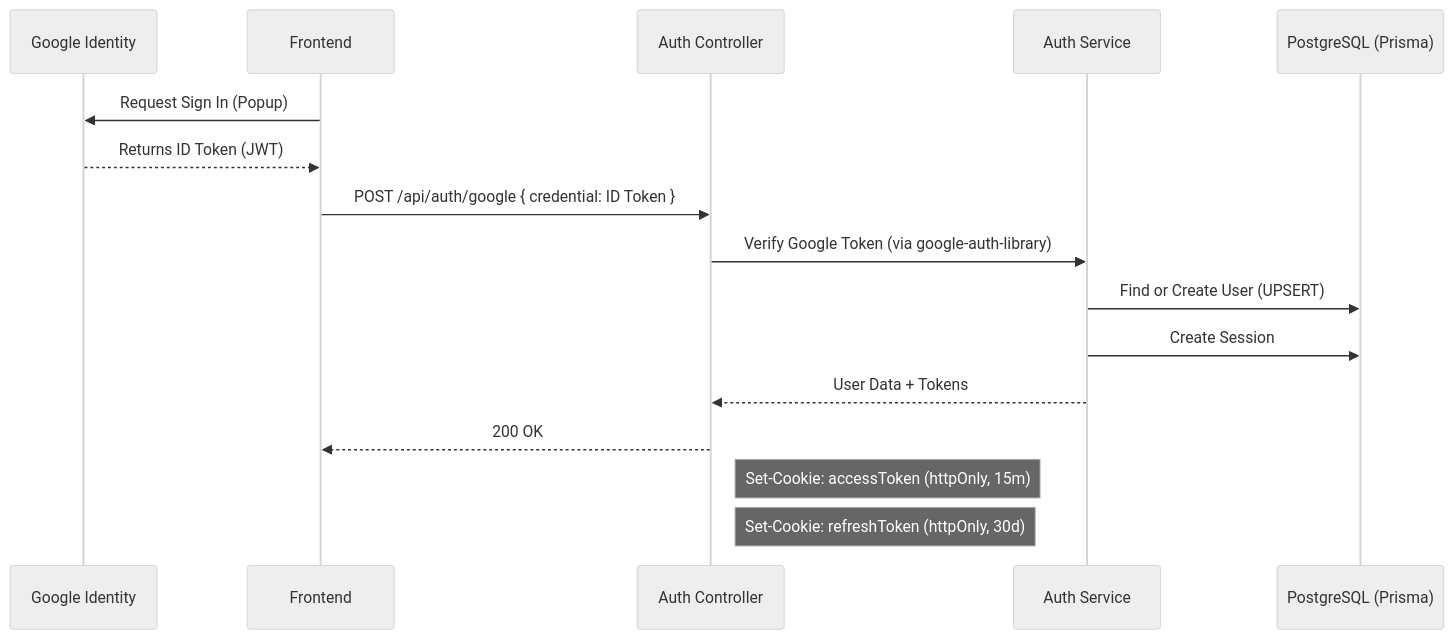
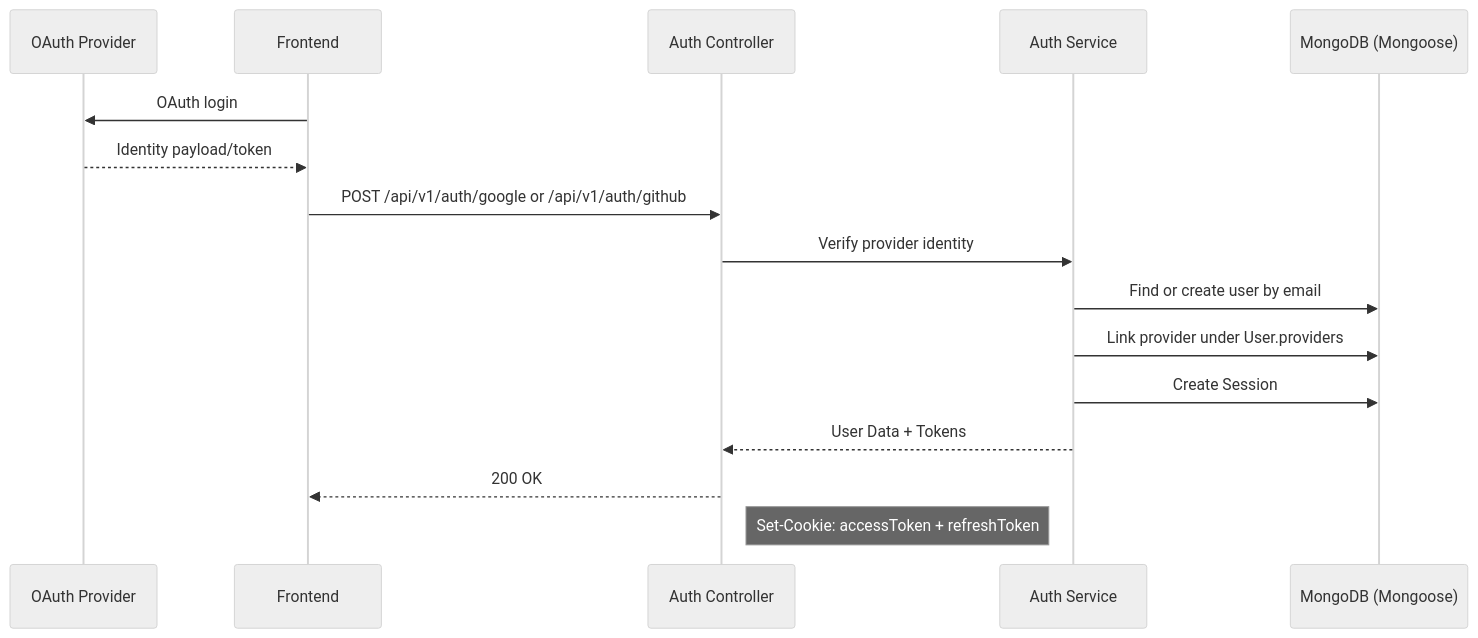
Before and after one commit to EricNguyen1206/turbo-chat: the second of 2 diagrams in _docs/AUTH_FEATURE.md, drawn with Mermaid (neutral theme). The commit also changed other lines of this file and 43 other files, not shown here.

Commit message:
refactor: migrate backend from PostgreSQL/Prisma to MongoDB/Mongoose and remove AI chatbot features

````diff
--- a/_docs/AUTH_FEATURE.md
+++ b/_docs/AUTH_FEATURE.md
@@ -42,21 +42,21 @@
 ```mermaid
 sequenceDiagram
-    participant Google as Google Identity
+    participant Provider as OAuth Provider
     participant Client as Frontend
     participant API as Auth Controller
     participant Service as Auth Service
-    participant DB as PostgreSQL (Prisma)
+    participant DB as MongoDB (Mongoose)
 
-    Client->>Google: Request Sign In (Popup)
-    Google-->>Client: Returns ID Token (JWT)
-    
-    Client->>API: POST /api/auth/google { credential: ID Token }
-    API->>Service: Verify Google Token (via google-auth-library)
-    Service->>DB: Find or Create User (UPSERT)
+    Client->>Provider: OAuth login
+    Provider-->>Client: Identity payload/token
+
+    Client->>API: POST /api/v1/auth/google or /api/v1/auth/github
+    API->>Service: Verify provider identity
+    Service->>DB: Find or create user by email
+    Service->>DB: Link provider under User.providers
     Service->>DB: Create Session
     Service-->>API: User Data + Tokens
-    
+
     API-->>Client: 200 OK
-    Note right of API: Set-Cookie: accessToken (httpOnly, 15m)
-    Note right of API: Set-Cookie: refreshToken (httpOnly, 30d)
+    Note right of API: Set-Cookie: accessToken + refreshToken
 ```
````
